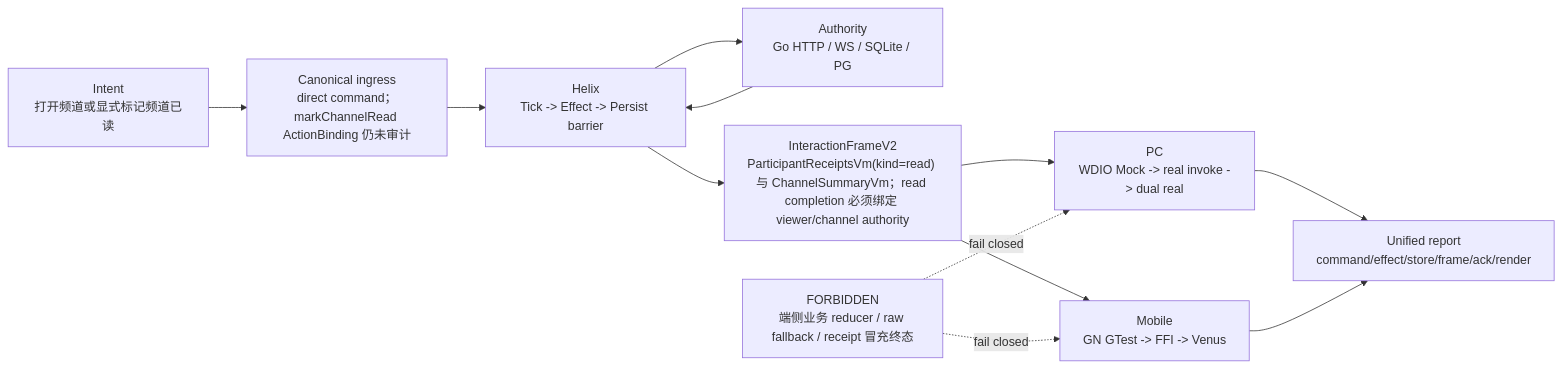
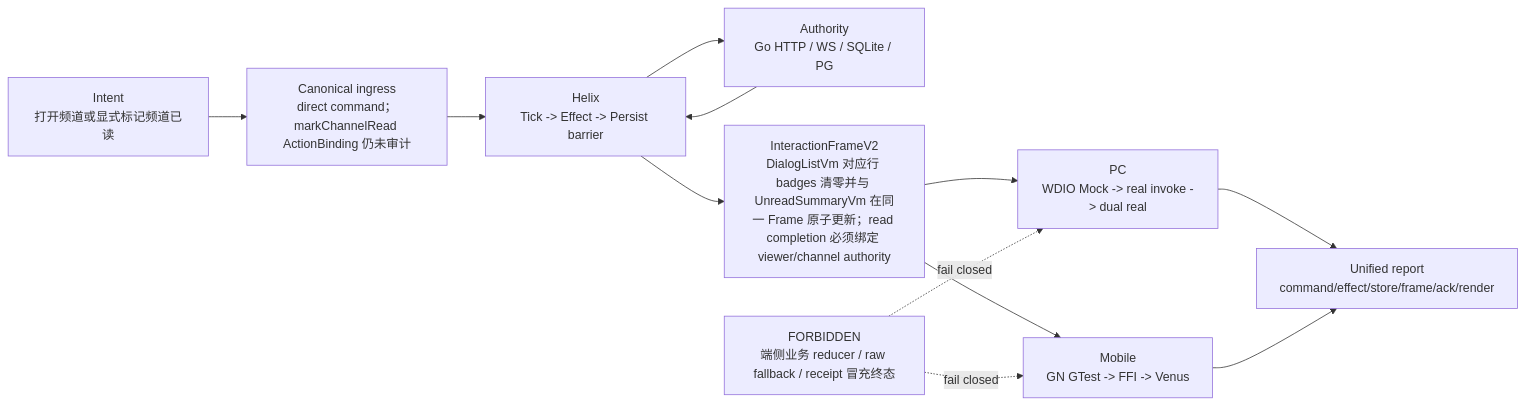
Before and after one commit to zxs1633079383/helix: the diagram in docs/interaction-frame-v2-全量替换-按UC/G13/12-G13-完整主链路.mmd, drawn with Mermaid. The commit also changed 44 other files, not shown here.

```diff
--- a/docs/interaction-frame-v2-全量替换-按UC/G13/12-G13-完整主链路.mmd
+++ b/docs/interaction-frame-v2-全量替换-按UC/G13/12-G13-完整主链路.mmd
@@ -1,19 +1,19 @@
 flowchart LR
   I["Intent<br/>打开频道或显式标记频道已读"]
   C["Canonical ingress<br/>direct command；markChannelRead ActionBinding 仍未审计"]
   H["Helix<br/>Tick -> Effect -> Persist barrier"]
   A["Authority<br/>Go HTTP / WS / SQLite / PG"]
-  F["InteractionFrameV2<br/>ParticipantReceiptsVm(kind=read) 与 ChannelSummaryVm；read completion 必须绑定 viewer/channel authority"]
+  F["InteractionFrameV2<br/>DialogListVm 对应行 badges 清零并与 UnreadSummaryVm 在同一 Frame 原子更新；read completion 必须绑定 viewer/channel authority"]
   PC["PC<br/>WDIO Mock -> real invoke -> dual real"]
   MOB["Mobile<br/>GN GTest -> FFI -> Venus"]
   R["Unified report<br/>command/effect/store/frame/ack/render"]
 
   I --> C --> H
   H --> A --> H
   H --> F
   F --> PC --> R
   F --> MOB --> R
 
   X["FORBIDDEN<br/>端侧业务 reducer / raw fallback / receipt 冒充终态"]
   X -.fail closed.-> PC
   X -.fail closed.-> MOB
```
